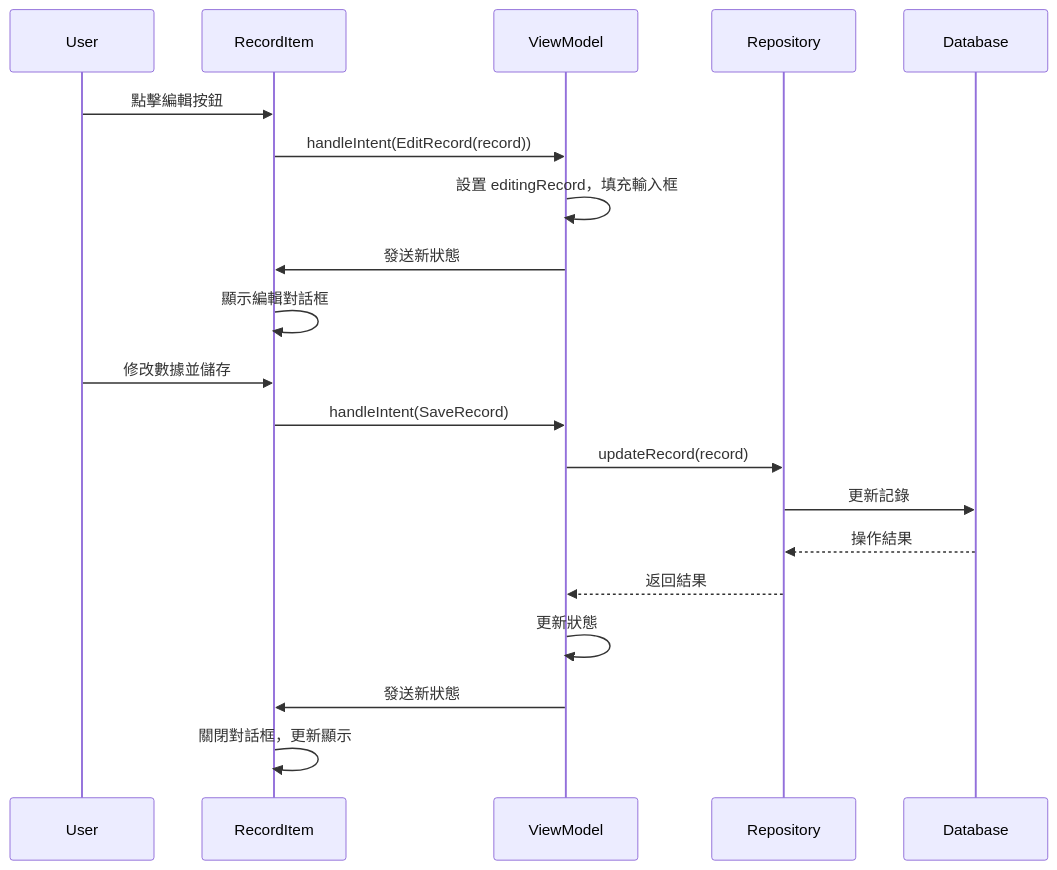
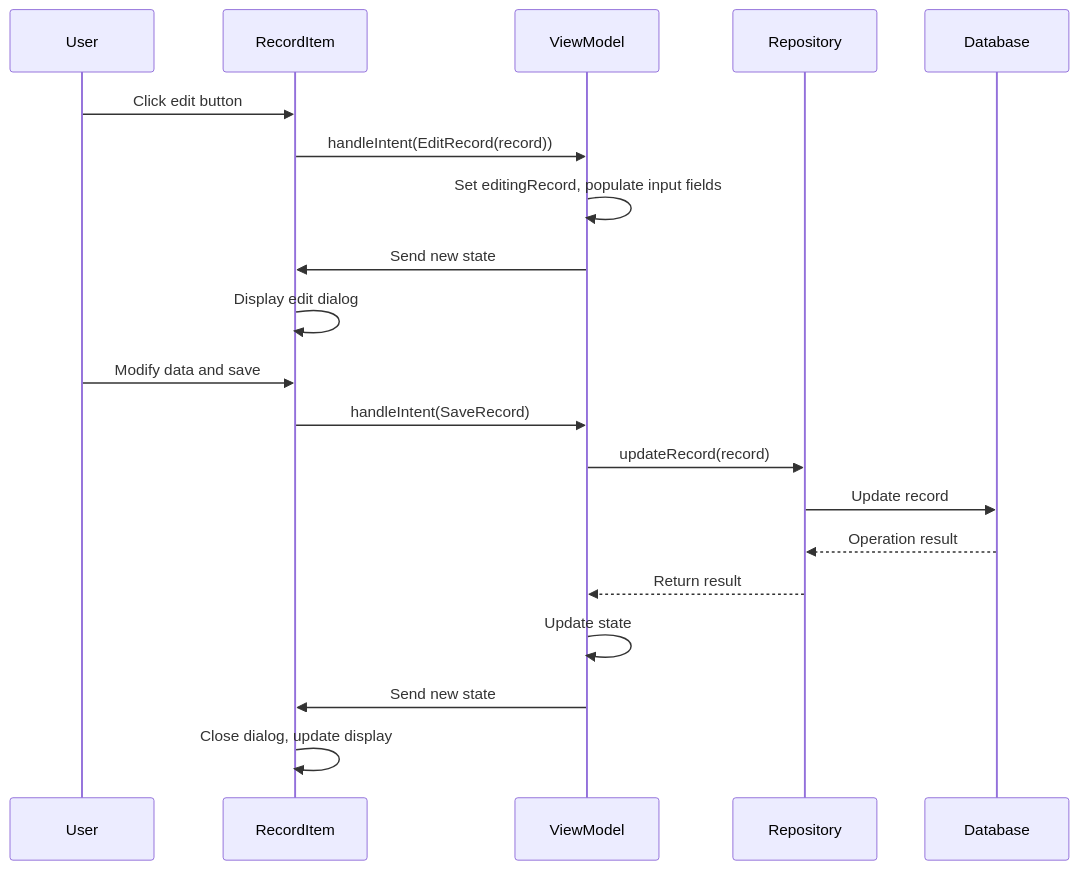
The second of 3 diagrams in TUTORIAL.md (binghuan/BPTrackForAndroid), drawn with Mermaid before and after one commit. The commit also changed other lines of this file and 4 other files, not shown here.

````diff
--- a/TUTORIAL.md
+++ b/TUTORIAL.md
@@ -275,24 +275,24 @@
 ```mermaid
 sequenceDiagram
     participant User
     participant RecordItem
     participant ViewModel
     participant Repository
     participant Database
 
-    User->>RecordItem: 點擊編輯按鈕
+    User->>RecordItem: Click edit button
     RecordItem->>ViewModel: handleIntent(EditRecord(record))
-    ViewModel->>ViewModel: 設置 editingRecord，填充輸入框
-    ViewModel->>RecordItem: 發送新狀態
-    RecordItem->>RecordItem: 顯示編輯對話框
+    ViewModel->>ViewModel: Set editingRecord, populate input fields
+    ViewModel->>RecordItem: Send new state
+    RecordItem->>RecordItem: Display edit dialog
 
-    User->>RecordItem: 修改數據並儲存
+    User->>RecordItem: Modify data and save
     RecordItem->>ViewModel: handleIntent(SaveRecord)
     ViewModel->>Repository: updateRecord(record)
-    Repository->>Database: 更新記錄
-    Database-->>Repository: 操作結果
-    Repository-->>ViewModel: 返回結果
-    ViewModel->>ViewModel: 更新狀態
-    ViewModel->>RecordItem: 發送新狀態
-    RecordItem->>RecordItem: 關閉對話框，更新顯示
+    Repository->>Database: Update record
+    Database-->>Repository: Operation result
+    Repository-->>ViewModel: Return result
+    ViewModel->>ViewModel: Update state
+    ViewModel->>RecordItem: Send new state
+    RecordItem->>RecordItem: Close dialog, update display
 ```
````
